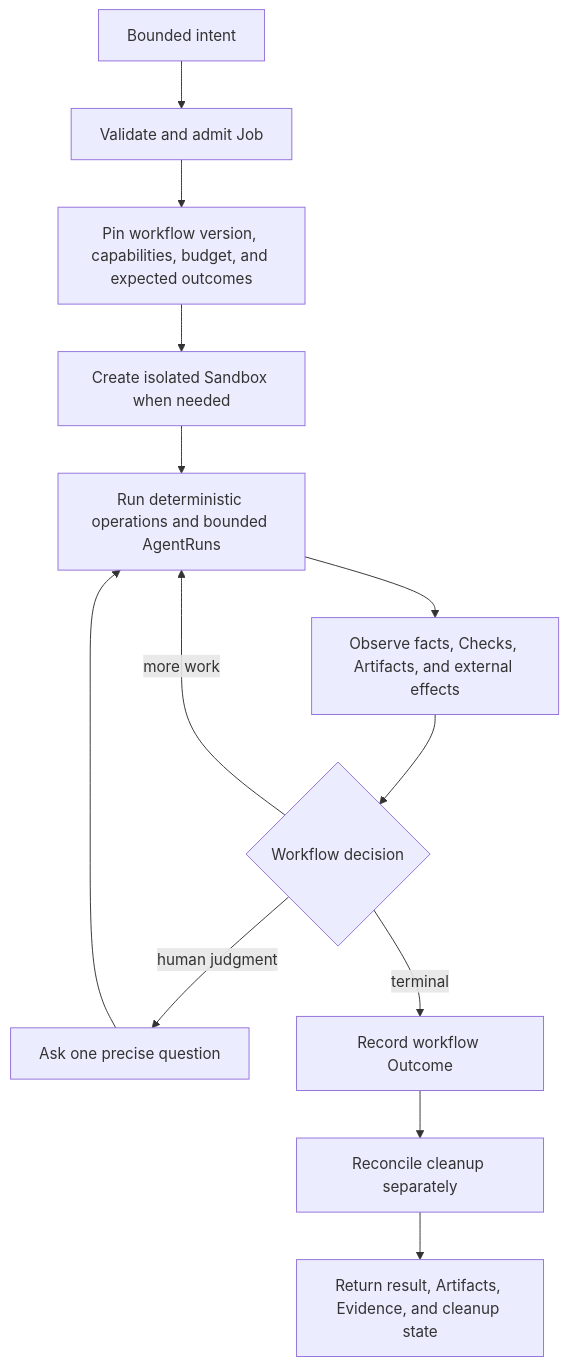
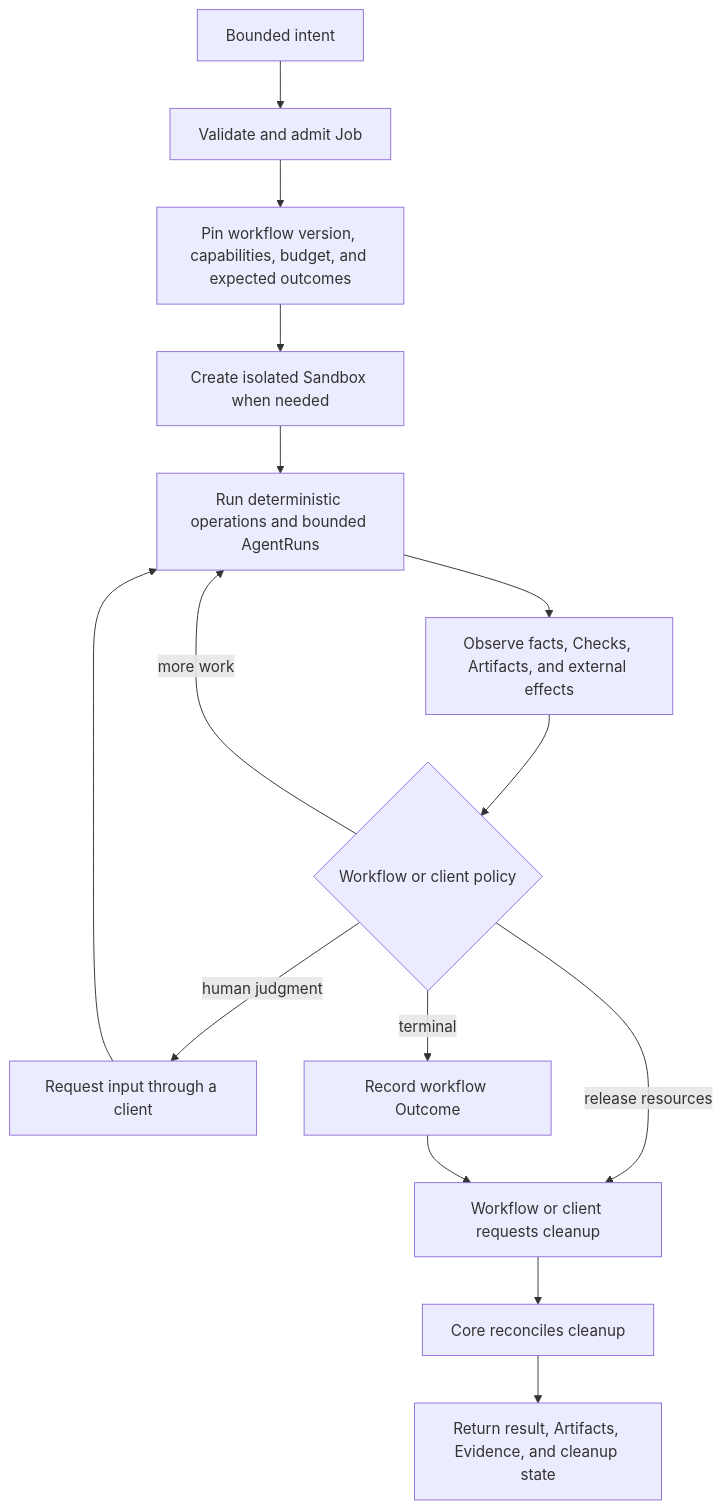
The diagram in docs/project/north-star.md (aphronio/dorf), drawn with Mermaid before and after one commit. The commit also changed other lines of this file and 5 other files, not shown here.

Commit message:
docs(architecture): define core consumer boundaries

````diff
--- a/docs/project/north-star.md
+++ b/docs/project/north-star.md
@@ -87,15 +103,17 @@
 ```mermaid
 flowchart TD
     Intent["Bounded intent"] --> Admit["Validate and admit Job"]
     Admit --> Contract["Pin workflow version, capabilities, budget, and expected outcomes"]
     Contract --> Sandbox["Create isolated Sandbox when needed"]
     Sandbox --> Work["Run deterministic operations and bounded AgentRuns"]
     Work --> Observe["Observe facts, Checks, Artifacts, and external effects"]
-    Observe --> Decide{"Workflow decision"}
+    Observe --> Decide{"Workflow or client policy"}
     Decide -->|"more work"| Work
-    Decide -->|"human judgment"| Attention["Ask one precise question"]
+    Decide -->|"human judgment"| Attention["Request input through a client"]
     Attention --> Work
     Decide -->|"terminal"| Outcome["Record workflow Outcome"]
-    Outcome --> Cleanup["Reconcile cleanup separately"]
+    Decide -->|"release resources"| RequestCleanup
+    Outcome --> RequestCleanup["Workflow or client requests cleanup"]
+    RequestCleanup --> Cleanup["Core reconciles cleanup"]
     Cleanup --> Receipt["Return result, Artifacts, Evidence, and cleanup state"]
 ```
````
